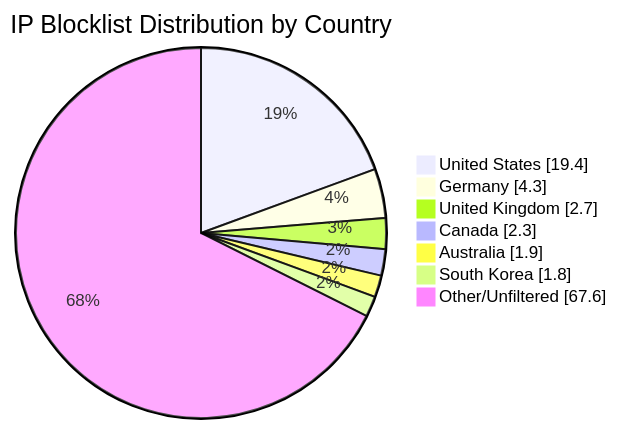
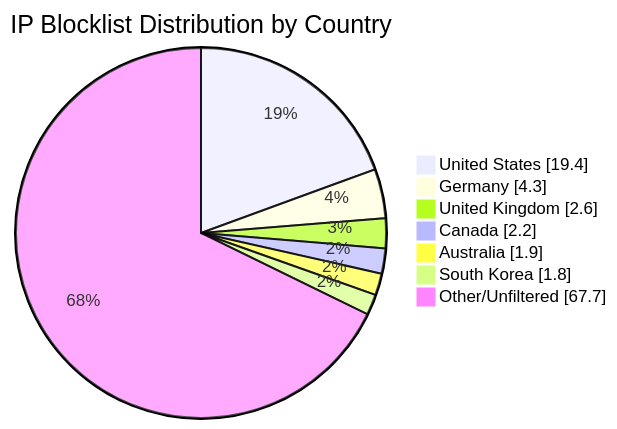
One commit to MarcusHoltz/ipblocklist-geofiltered-aggregator changed the diagram in README.md. Above: the diagram before and after it, drawn with Mermaid. The commit also changed other lines of this file and 9 other files, not shown here.

````diff
--- a/README.md
+++ b/README.md
@@ -34,10 +34,10 @@
 ```mermaid
 pie showData title IP Blocklist Distribution by Country
 "United States" : 19.4
 "Germany" : 4.3
-"United Kingdom" : 2.7
-"Canada" : 2.3
+"United Kingdom" : 2.6
+"Canada" : 2.2
 "Australia" : 1.9
 "South Korea" : 1.8
-"Other/Unfiltered" : 67.6
+"Other/Unfiltered" : 67.7
 ```
````
